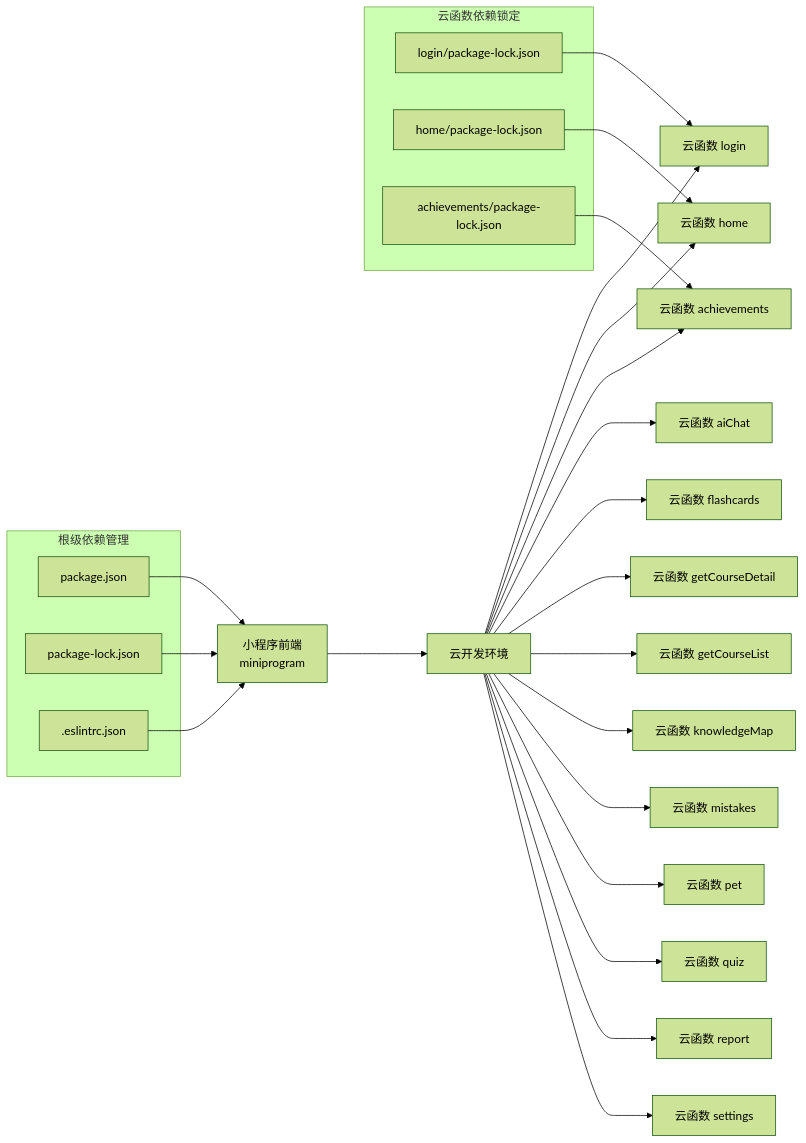
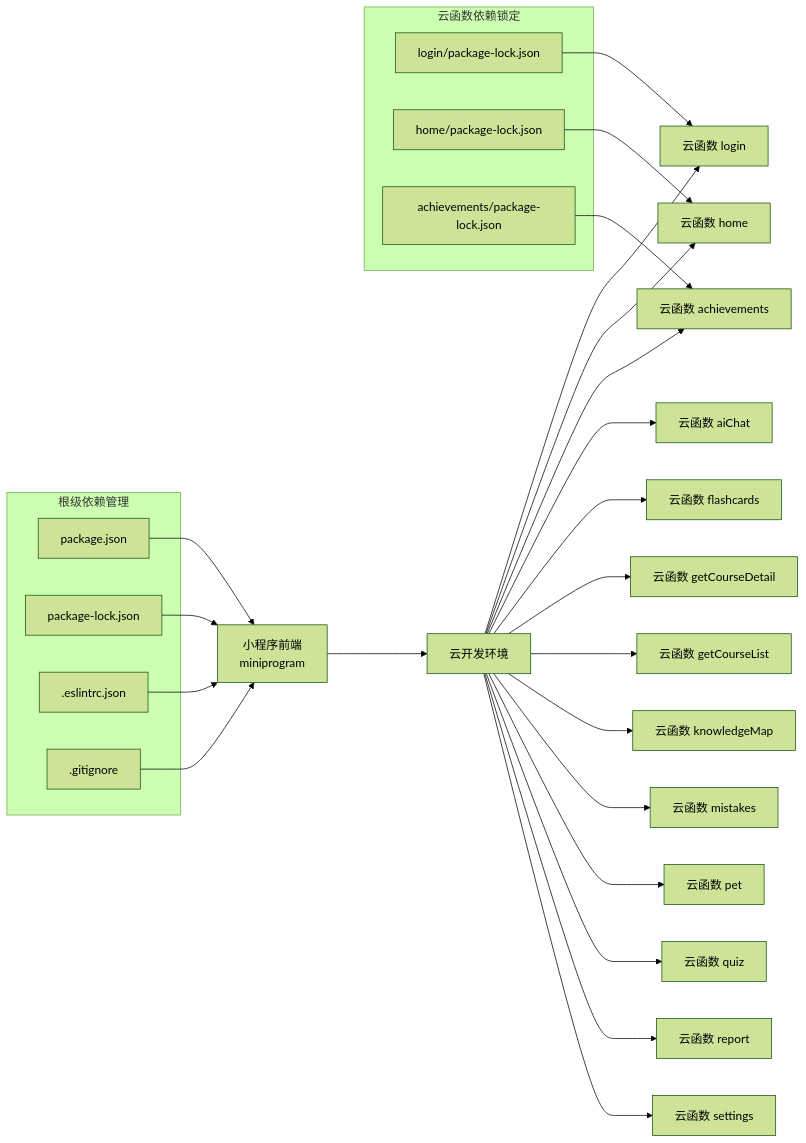
One commit to cwb7756/bio changed the third of 3 diagrams in .qoder/repowiki/zh/content/部署运维/环境配置.md. Above: the diagram before and after it, drawn with Mermaid (forest theme). The commit also changed other lines of this file and 35 other files, not shown here.

````diff
--- a/.qoder/repowiki/zh/content/部署运维/环境配置.md
+++ b/.qoder/repowiki/zh/content/部署运维/环境配置.md
@@ -431,33 +466,35 @@
 ```mermaid
 graph LR
 MP["小程序前端<br/>miniprogram"] --> CD["云开发环境"]
 CD --> CF1["云函数 login"]
 CD --> CF2["云函数 home"]
 CD --> CF3["云函数 achievements"]
 CD --> CF4["云函数 aiChat"]
 CD --> CF5["云函数 flashcards"]
 CD --> CF6["云函数 getCourseDetail"]
 CD --> CF7["云函数 getCourseList"]
 CD --> CF8["云函数 knowledgeMap"]
 CD --> CF9["云函数 mistakes"]
 CD --> CF10["云函数 pet"]
 CD --> CF11["云函数 quiz"]
 CD --> CF12["云函数 report"]
 CD --> CF13["云函数 settings"]
 subgraph "根级依赖管理"
 PKG["package.json"]
 LOCK["package-lock.json"]
 ESLINT[".eslintrc.json"]
+GITIGNORE[".gitignore"]
 end
 PKG --> MP
 LOCK --> MP
 ESLINT --> MP
+GITIGNORE --> MP
 subgraph "云函数依赖锁定"
 CF_LOCK1["login/package-lock.json"]
 CF_LOCK2["home/package-lock.json"]
 CF_LOCK3["achievements/package-lock.json"]
 end
 CF_LOCK1 --> CF1
 CF_LOCK2 --> CF2
 CF_LOCK3 --> CF3
 ```
````
